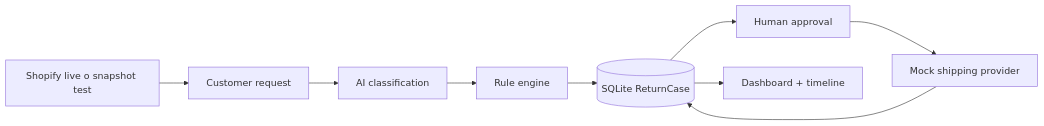
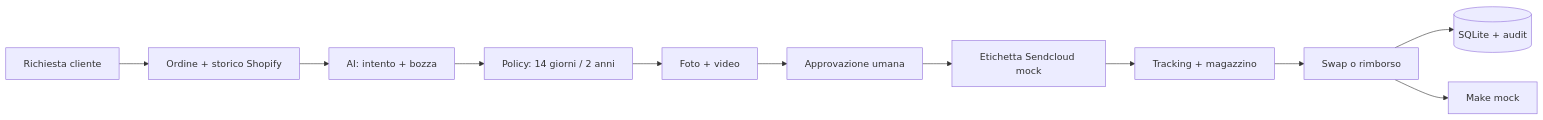
Before and after one commit to lore707/customer-return-agent-prototype: the diagram in README.md, drawn with Mermaid. The commit also changed other lines of this file and 28 other files, not shown here.

````diff
--- a/README.md
+++ b/README.md
@@ -24,11 +28,13 @@
 ```mermaid
 flowchart LR
-    Shopify[Shopify live o snapshot test] --> Intake[Customer request]
-    Intake --> AI[AI classification]
-    AI --> Rules[Rule engine]
-    Rules --> DB[(SQLite ReturnCase)]
-    DB --> Human[Human approval]
-    Human --> Mock[Mock shipping provider]
-    Mock --> DB
-    DB --> Dashboard[Dashboard + timeline]
+    Intake[Richiesta cliente] --> Shopify[Ordine + storico Shopify]
+    Shopify --> AI[AI: intento + bozza]
+    AI --> Rules[Policy: 14 giorni / 2 anni]
+    Rules --> Evidence[Foto + video]
+    Evidence --> Human[Approvazione umana]
+    Human --> Sendcloud[Etichetta Sendcloud mock]
+    Sendcloud --> Warehouse[Tracking + magazzino]
+    Warehouse --> Resolution[Swap o rimborso]
+    Resolution --> DB[(SQLite + audit)]
+    Resolution --> Make[Make mock]
 ```
````
